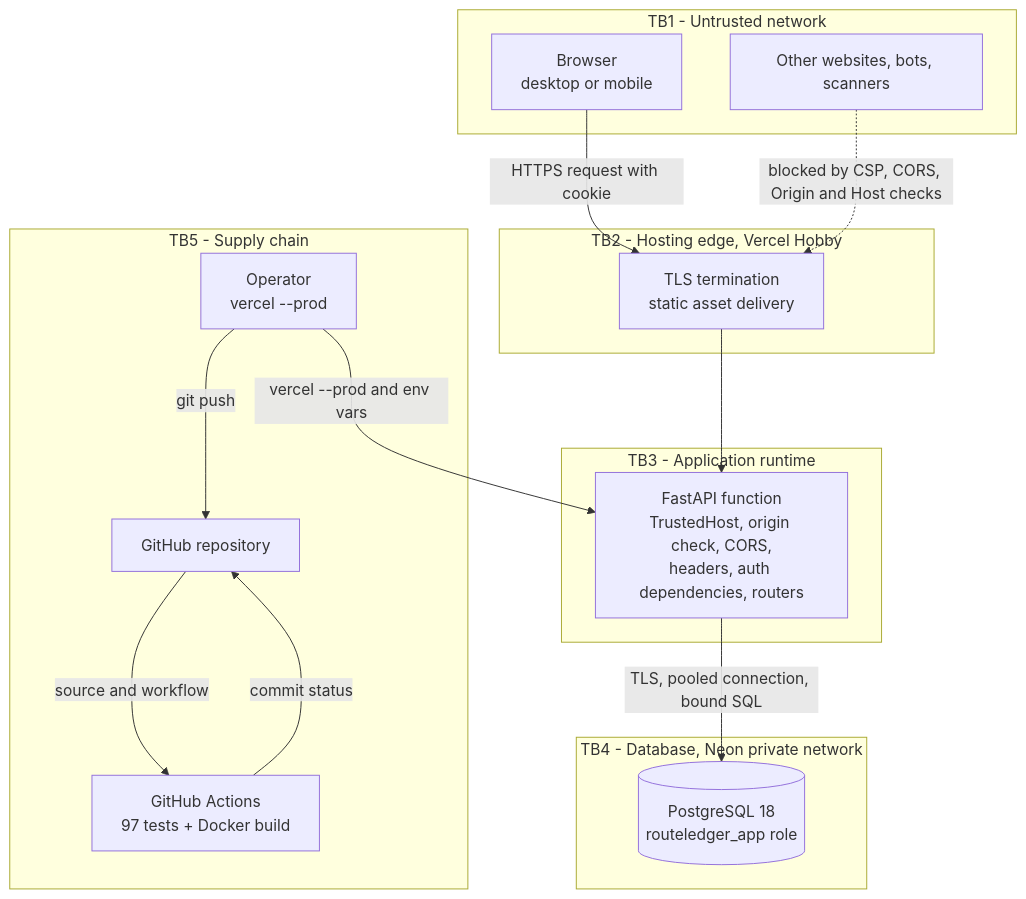
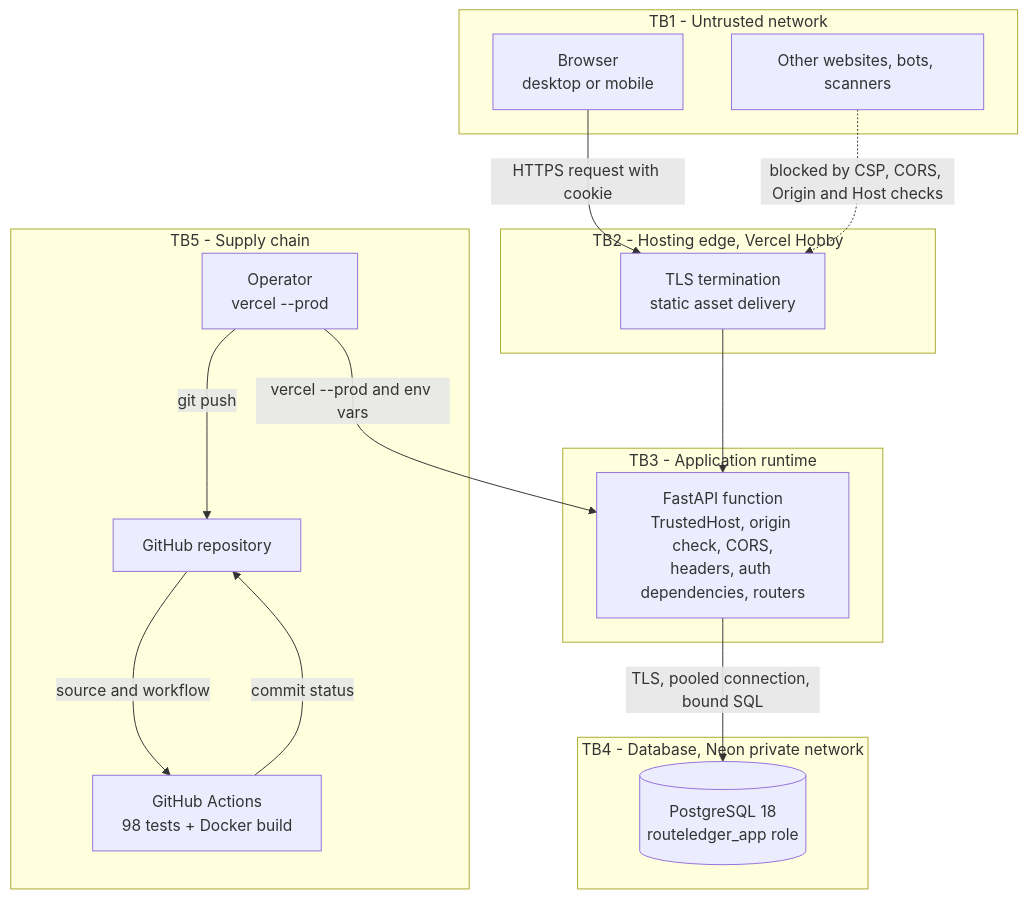
Before and after one commit to hooria-adeel/routeledger: the seventh of 7 diagrams in docs/dfd.md, drawn with Mermaid. The commit also changed 6 other files, not shown here.

````diff
--- a/docs/dfd.md
+++ b/docs/dfd.md
@@ -357,34 +357,34 @@
 ```mermaid
 flowchart TB
     subgraph TB1["TB1 - Untrusted network"]
         B["Browser<br/>desktop or mobile"]
         X["Other websites, bots, scanners"]
     end
 
     subgraph TB2["TB2 - Hosting edge, Vercel Hobby"]
         EDGE["TLS termination<br/>static asset delivery"]
     end
 
     subgraph TB3["TB3 - Application runtime"]
         APP["FastAPI function<br/>TrustedHost, origin check, CORS,<br/>headers, auth dependencies, routers"]
     end
 
     subgraph TB4["TB4 - Database, Neon private network"]
         DB[("PostgreSQL 18<br/>routeledger_app role")]
     end
 
     subgraph TB5["TB5 - Supply chain"]
         GH["GitHub repository"]
-        CI["GitHub Actions<br/>97 tests + Docker build"]
+        CI["GitHub Actions<br/>98 tests + Docker build"]
         OP["Operator<br/>vercel --prod"]
     end
 
     B -->|"HTTPS request with cookie"| EDGE
     X -.->|"blocked by CSP, CORS, Origin and Host checks"| EDGE
     EDGE --> APP
     APP -->|"TLS, pooled connection, bound SQL"| DB
     OP -->|"git push"| GH
     GH -->|"source and workflow"| CI
     CI -->|"commit status"| GH
     OP -->|"vercel --prod and env vars"| APP
 ```
````
